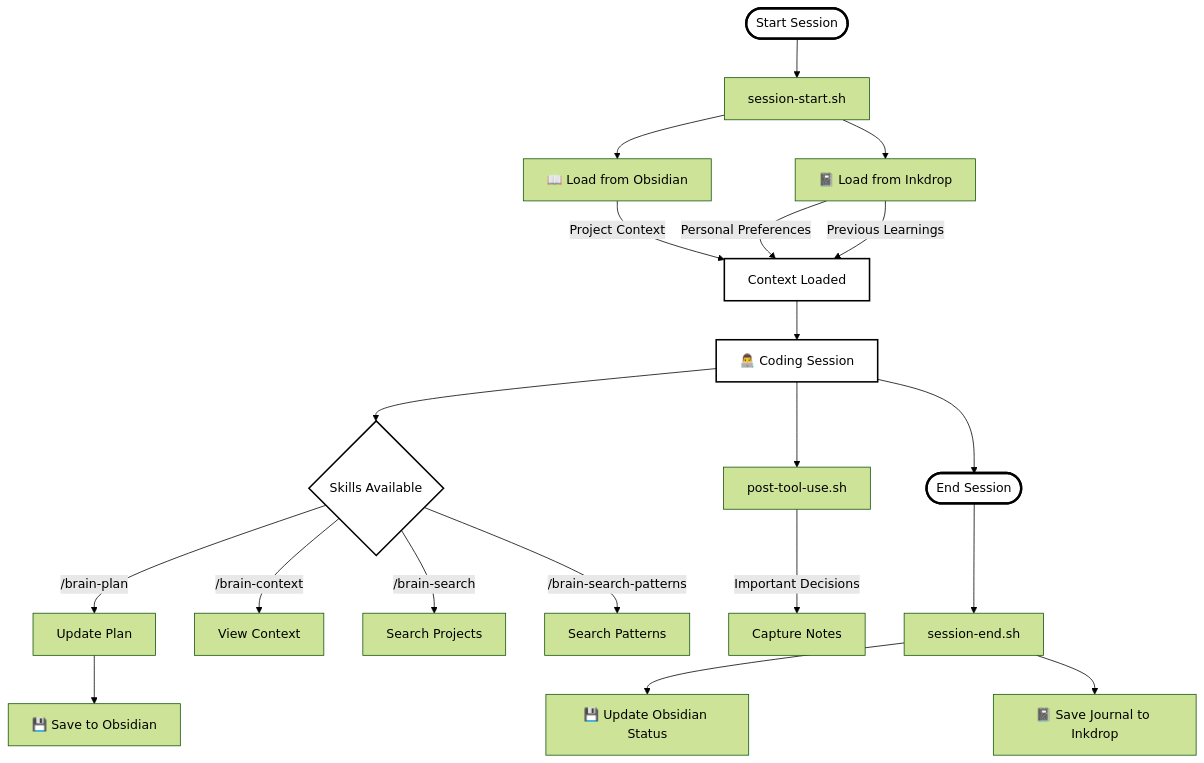
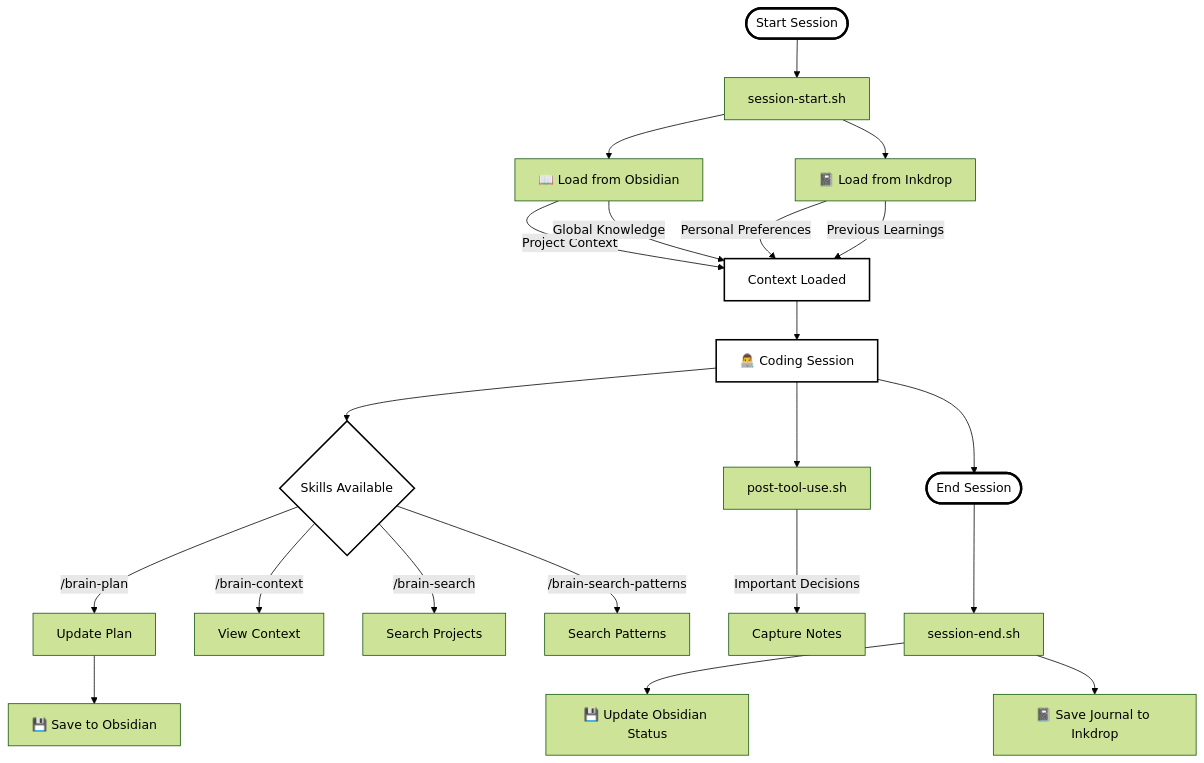
Before and after one commit to marcoscarbonera/carbon-claude-brain: the first of 2 diagrams in README.md, drawn with Mermaid (forest theme). The commit also changed other lines of this file and 11 other files, not shown here.

Commit message:
feat: Implement auto-save for session summaries and introduce global knowledge management with new skills and templates.

````diff
--- a/README.md
+++ b/README.md
@@ -11,34 +11,35 @@
 ```mermaid
 flowchart TB
     Start([Start Session]) --> Hook1[session-start.sh]
     Hook1 --> Obs1[📖 Load from Obsidian]
     Hook1 --> Ink1[📓 Load from Inkdrop]
 
     Obs1 --> |Project Context|Load[Context Loaded]
+    Obs1 --> |Global Knowledge|Load
     Ink1 --> |Personal Preferences|Load
     Ink1 --> |Previous Learnings|Load
 
     Load --> Work[👨‍💻 Coding Session]
 
     Work --> Skills{Skills Available}
     Skills --> |/brain-plan|PlanSkill[Update Plan]
     Skills --> |/brain-context|CtxSkill[View Context]
     Skills --> |/brain-search|SearchSkill[Search Projects]
     Skills --> |/brain-search-patterns|PatternSkill[Search Patterns]
 
     PlanSkill --> SaveObs[💾 Save to Obsidian]
 
     Work --> Hook2[post-tool-use.sh]
     Hook2 --> |Important Decisions|Capture[Capture Notes]
 
     Work --> End([End Session])
     End --> Hook3[session-end.sh]
     Hook3 --> SaveObs2[💾 Update Obsidian Status]
     Hook3 --> SaveInk[📓 Save Journal to Inkdrop]
 
     style Start fill:#fff,stroke:#000,stroke-width:3px
     style End fill:#fff,stroke:#000,stroke-width:3px
     style Work fill:#fff,stroke:#000,stroke-width:2px
     style Load fill:#fff,stroke:#000,stroke-width:2px
     style Skills fill:#fff,stroke:#000,stroke-width:2px
 ```
````
